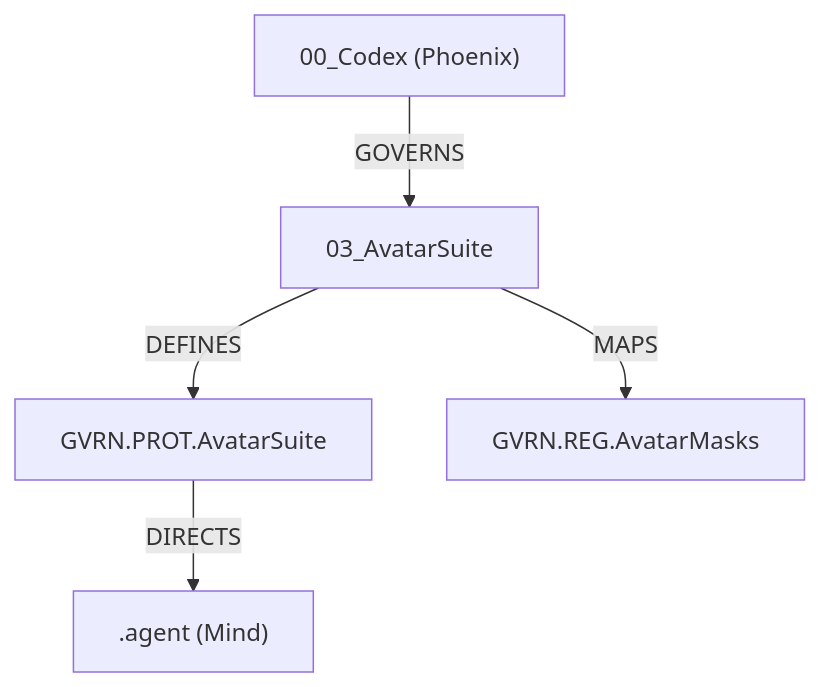
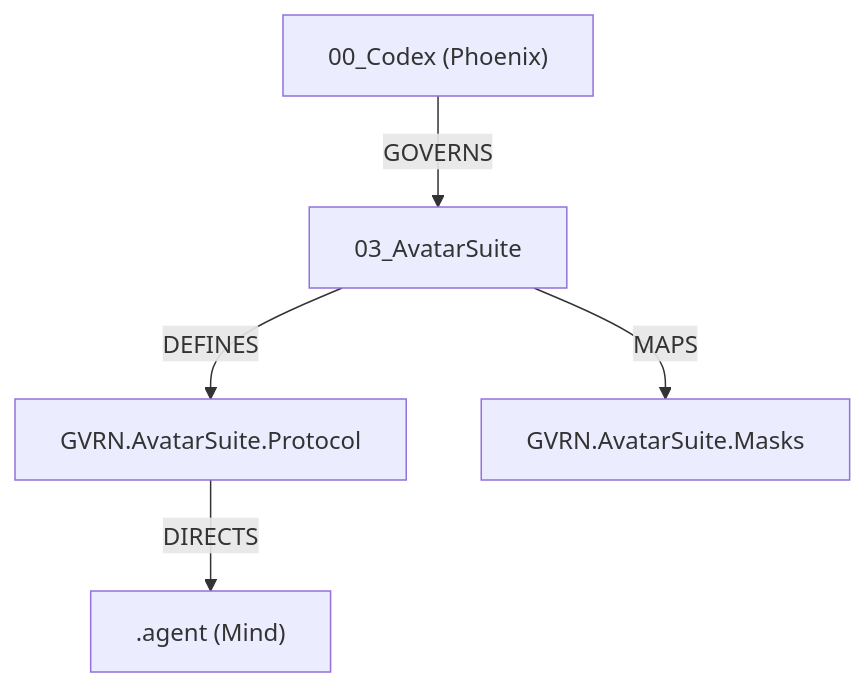
One commit to Icebane84/Synarche_Workshop changed the diagram in _governance/03_AvatarSuite/GVRN.AvatarSuite.Index.md. Above: the diagram before and after it, drawn with Mermaid. The commit also changed other lines of this file and 156 other files, not shown here.

````diff
--- a/_governance/03_AvatarSuite/GVRN.AvatarSuite.Index.md
+++ b/_governance/03_AvatarSuite/GVRN.AvatarSuite.Index.md
@@ -57,7 +35,7 @@
 ```mermaid
 graph TD
     Codex["00_Codex (Phoenix)"] -- GOVERNS --> Suite["03_AvatarSuite"]
-    Suite -- DEFINES --> Protocol["GVRN.PROT.AvatarSuite"]
-    Suite -- MAPS --> Registry["GVRN.REG.AvatarMasks"]
+    Suite -- DEFINES --> Protocol["GVRN.AvatarSuite.Protocol"]
+    Suite -- MAPS --> Registry["GVRN.AvatarSuite.Masks"]
     Protocol -- DIRECTS --> Mind[".agent (Mind)"]
 ```
````
